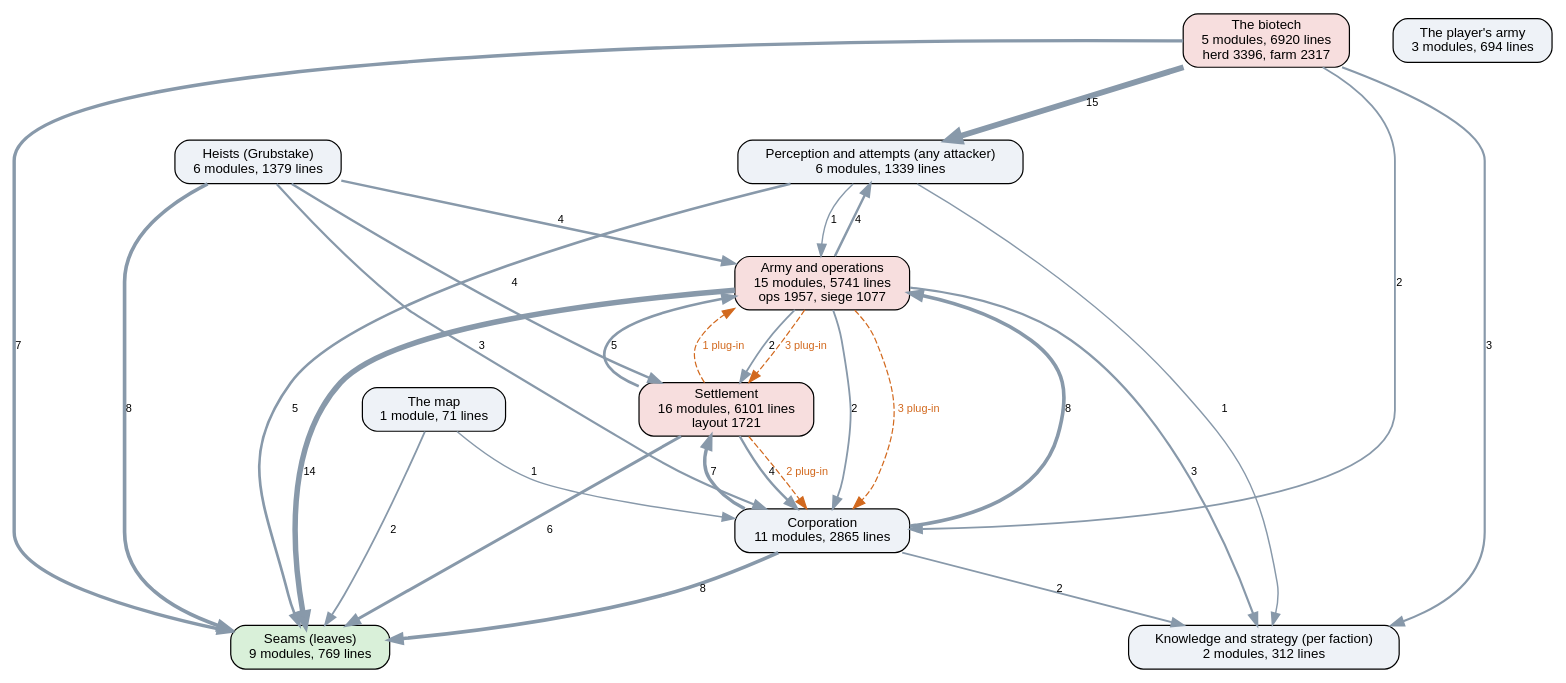
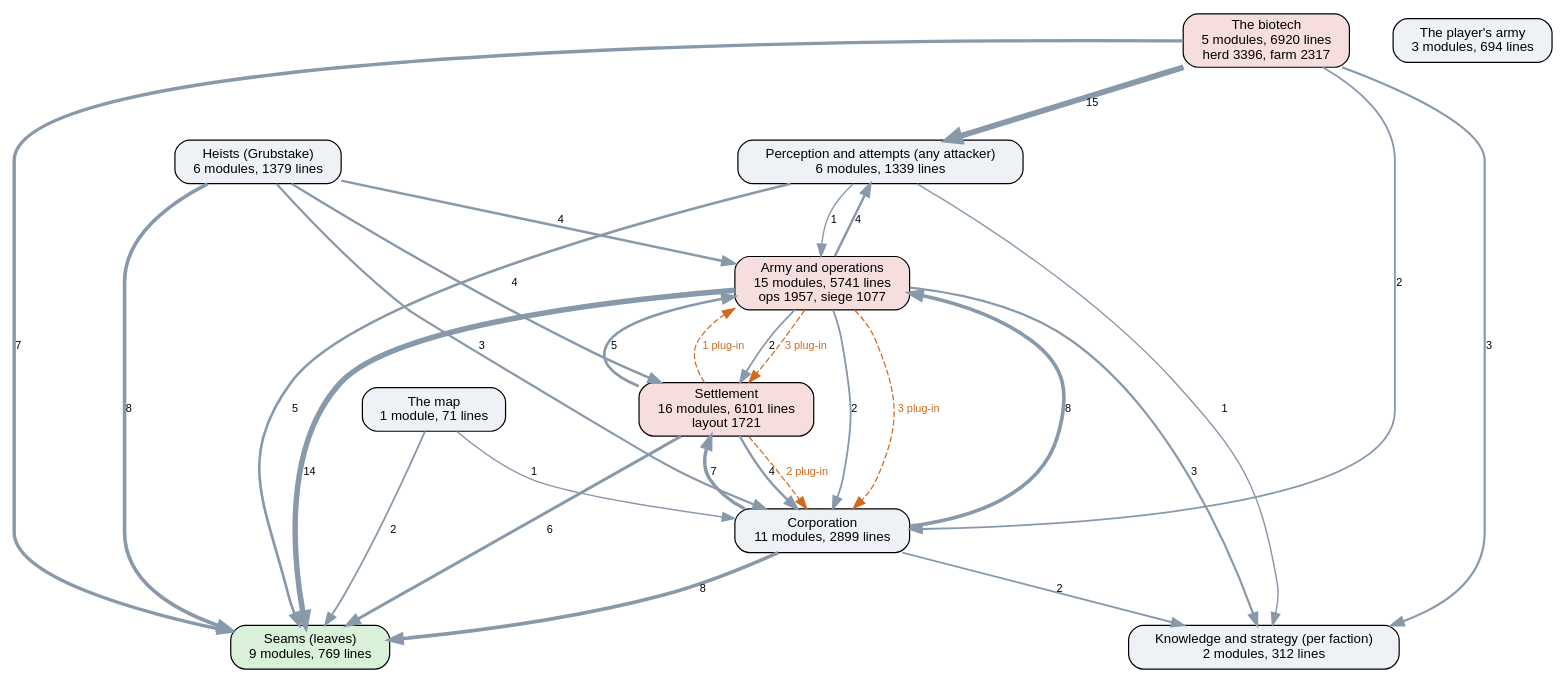
The diagram in docs/ai-layers.dot (kinelhu/landing-party), drawn with Graphviz before and after one commit. The commit also changed 9 other files, not shown here.

```diff
--- a/docs/ai-layers.dot
+++ b/docs/ai-layers.dot
@@ -1,44 +1,44 @@
 digraph layers {
   graph [rankdir=TB, fontname="Helvetica", nodesep=0.5, ranksep=0.7];
   node [shape=box, style="rounded,filled", fontname="Helvetica", fontsize=11, fillcolor="#eef2f7"];
   edge [color="#8899aa", fontname="Helvetica", fontsize=9];
   "Seams (leaves)" [label="Seams (leaves)\n9 modules, 769 lines", fillcolor="#d9f0d9"];
   "Perception and attempts (any attacker)" [label="Perception and attempts (any attacker)\n6 modules, 1339 lines", fillcolor="#eef2f7"];
   "Knowledge and strategy (per faction)" [label="Knowledge and strategy (per faction)\n2 modules, 312 lines", fillcolor="#eef2f7"];
-  "Corporation" [label="Corporation\n11 modules, 2865 lines", fillcolor="#eef2f7"];
+  "Corporation" [label="Corporation\n11 modules, 2899 lines", fillcolor="#eef2f7"];
   "Settlement" [label="Settlement\n16 modules, 6101 lines\nlayout 1721", fillcolor="#f7dede"];
   "Army and operations" [label="Army and operations\n15 modules, 5741 lines\nops 1957, siege 1077", fillcolor="#f7dede"];
   "Heists (Grubstake)" [label="Heists (Grubstake)\n6 modules, 1379 lines", fillcolor="#eef2f7"];
   "The biotech" [label="The biotech\n5 modules, 6920 lines\nherd 3396, farm 2317", fillcolor="#f7dede"];
   "The map" [label="The map\n1 module, 71 lines", fillcolor="#eef2f7"];
   "The player's army" [label="The player's army\n3 modules, 694 lines", fillcolor="#eef2f7"];
   "Army and operations" -> "Corporation" [label="2", penwidth=1.5];
   "Army and operations" -> "Knowledge and strategy (per faction)" [label="3", penwidth=1.8];
   "Army and operations" -> "Perception and attempts (any attacker)" [label="4", penwidth=2.0];
   "Army and operations" -> "Seams (leaves)" [label="14", penwidth=4.5];
   "Army and operations" -> "Settlement" [label="2", penwidth=1.5];
   "Corporation" -> "Army and operations" [label="8", penwidth=3.0];
   "Corporation" -> "Knowledge and strategy (per faction)" [label="2", penwidth=1.5];
   "Corporation" -> "Seams (leaves)" [label="8", penwidth=3.0];
   "Corporation" -> "Settlement" [label="7", penwidth=2.8];
   "Heists (Grubstake)" -> "Army and operations" [label="4", penwidth=2.0];
   "Heists (Grubstake)" -> "Corporation" [label="3", penwidth=1.8];
   "Heists (Grubstake)" -> "Seams (leaves)" [label="8", penwidth=3.0];
   "Heists (Grubstake)" -> "Settlement" [label="4", penwidth=2.0];
   "Perception and attempts (any attacker)" -> "Army and operations" [label="1", penwidth=1.2];
   "Perception and attempts (any attacker)" -> "Knowledge and strategy (per faction)" [label="1", penwidth=1.2];
   "Perception and attempts (any attacker)" -> "Seams (leaves)" [label="5", penwidth=2.2];
   "Settlement" -> "Army and operations" [label="5", penwidth=2.2];
   "Settlement" -> "Corporation" [label="4", penwidth=2.0];
   "Settlement" -> "Seams (leaves)" [label="6", penwidth=2.5];
   "The biotech" -> "Corporation" [label="2", penwidth=1.5];
   "The biotech" -> "Knowledge and strategy (per faction)" [label="3", penwidth=1.8];
   "The biotech" -> "Perception and attempts (any attacker)" [label="15", penwidth=4.8];
   "The biotech" -> "Seams (leaves)" [label="7", penwidth=2.8];
   "The map" -> "Corporation" [label="1", penwidth=1.2];
   "The map" -> "Seams (leaves)" [label="2", penwidth=1.5];
   "Army and operations" -> "Corporation" [style=dashed, color="#d2691e", fontcolor="#d2691e", label="3 plug-in"];
   "Army and operations" -> "Settlement" [style=dashed, color="#d2691e", fontcolor="#d2691e", label="3 plug-in"];
   "Settlement" -> "Army and operations" [style=dashed, color="#d2691e", fontcolor="#d2691e", label="1 plug-in"];
   "Settlement" -> "Corporation" [style=dashed, color="#d2691e", fontcolor="#d2691e", label="2 plug-in"];
 }
```
